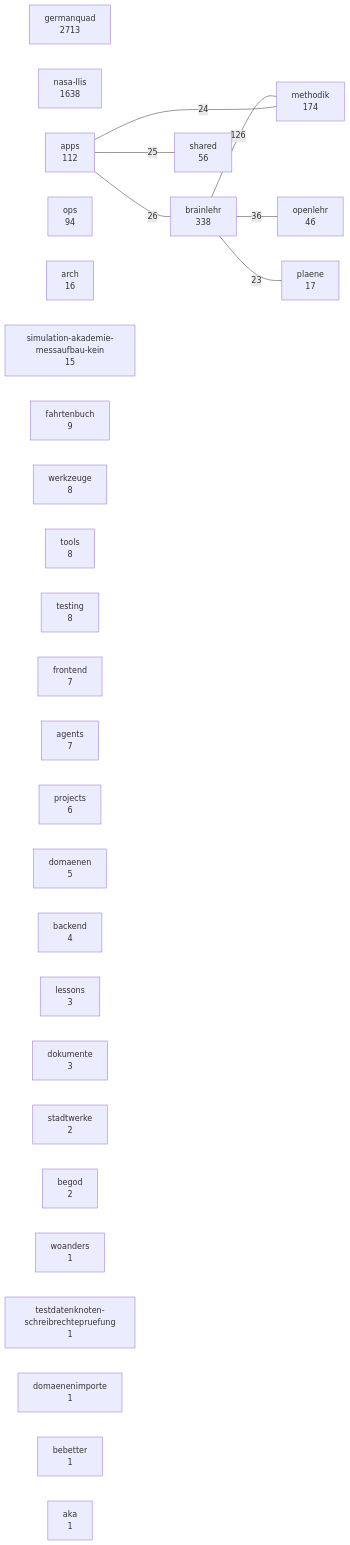
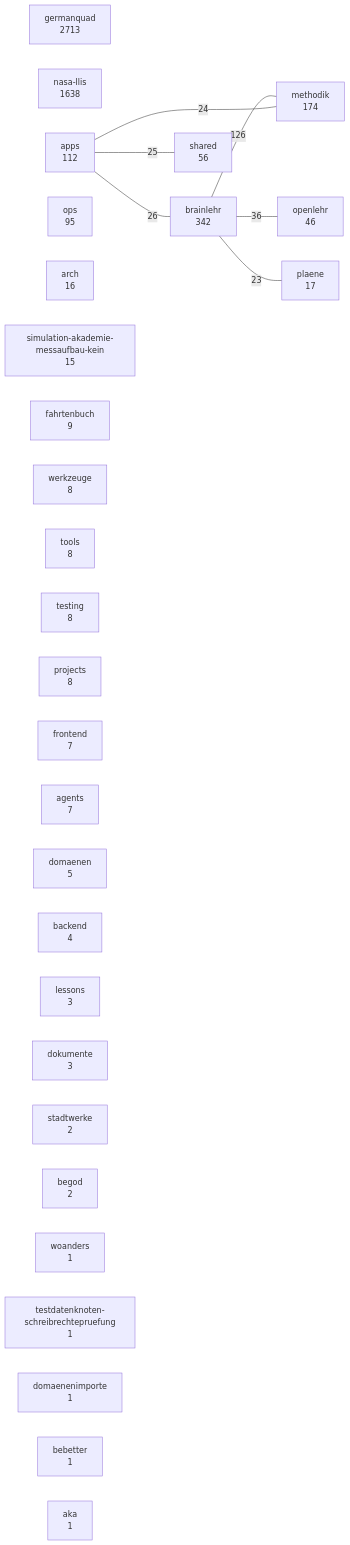
Before and after one commit to 3lehr/brainlehr: the diagram in docs/karten/bestand.md, drawn with Mermaid. The commit also changed 5 other files, not shown here.

````diff
--- a/docs/karten/bestand.md
+++ b/docs/karten/bestand.md
@@ -5,38 +5,38 @@
 ```mermaid
 graph LR
   germanquad["germanquad<br/>2713"]
   nasa_llis["nasa-llis<br/>1638"]
-  brainlehr["brainlehr<br/>338"]
+  brainlehr["brainlehr<br/>342"]
   methodik["methodik<br/>174"]
   apps["apps<br/>112"]
-  ops["ops<br/>94"]
+  ops["ops<br/>95"]
   shared["shared<br/>56"]
   openlehr["openlehr<br/>46"]
   plaene["plaene<br/>17"]
   arch["arch<br/>16"]
   simulation_akademie_messaufbau_kein["simulation-akademie-messaufbau-kein<br/>15"]
   fahrtenbuch["fahrtenbuch<br/>9"]
   werkzeuge["werkzeuge<br/>8"]
   tools["tools<br/>8"]
   testing["testing<br/>8"]
+  projects["projects<br/>8"]
   frontend["frontend<br/>7"]
   agents["agents<br/>7"]
-  projects["projects<br/>6"]
   domaenen["domaenen<br/>5"]
   backend["backend<br/>4"]
   lessons["lessons<br/>3"]
   dokumente["dokumente<br/>3"]
   stadtwerke["stadtwerke<br/>2"]
   begod["begod<br/>2"]
   woanders["woanders<br/>1"]
   testdatenknoten_schreibrechtepruefung["testdatenknoten-schreibrechtepruefung<br/>1"]
   domaenenimporte["domaenenimporte<br/>1"]
   bebetter["bebetter<br/>1"]
   aka["aka<br/>1"]
   brainlehr ---|126| methodik
   brainlehr ---|36| openlehr
   apps ---|26| brainlehr
   apps ---|25| shared
   apps ---|24| methodik
   brainlehr ---|23| plaene
 ```
````
